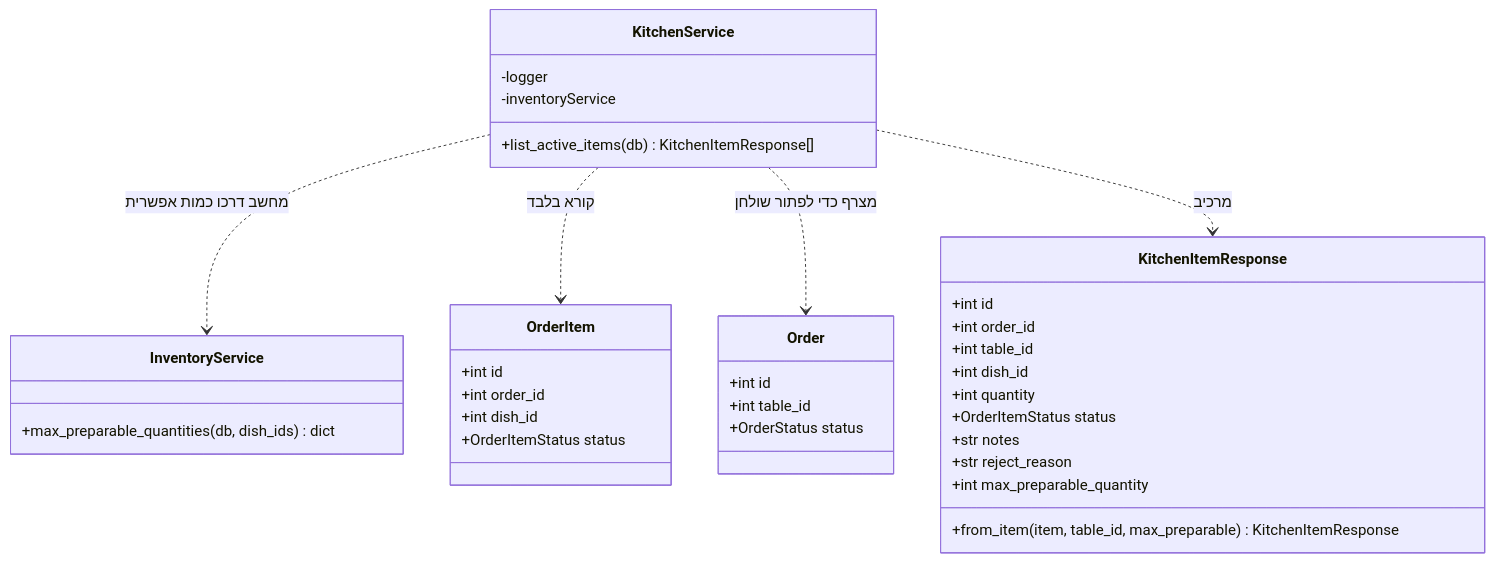
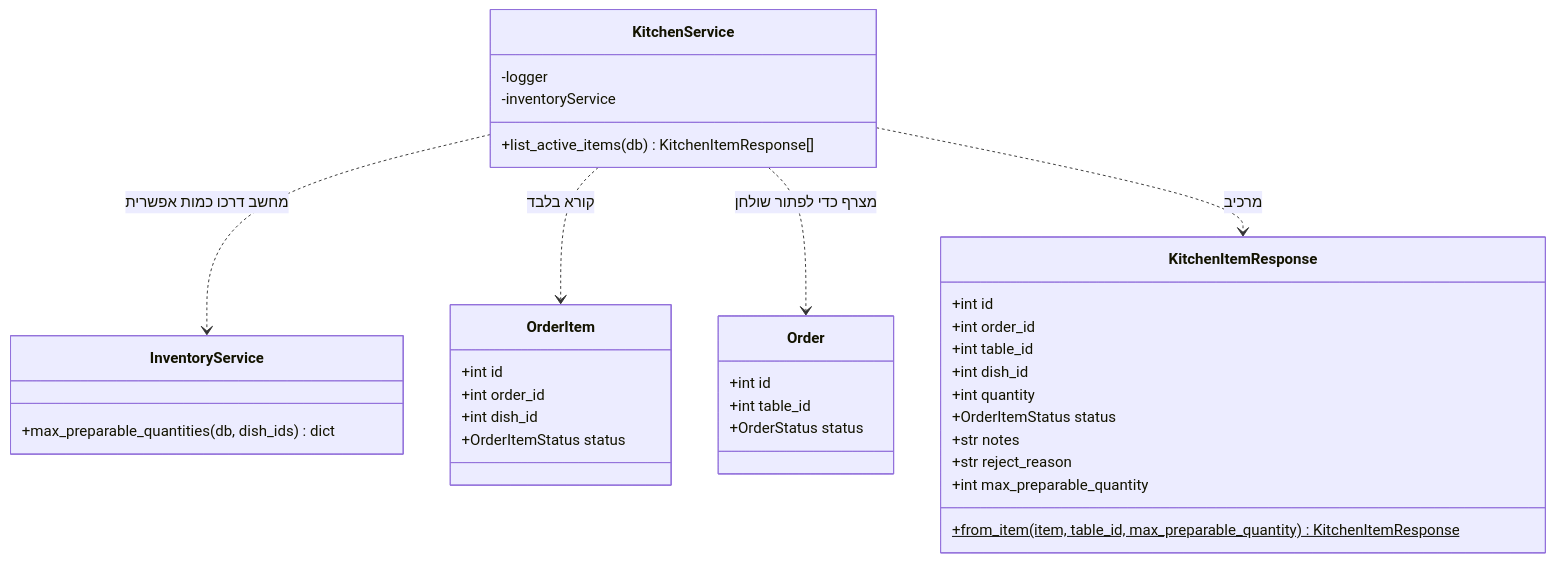
The diagram in מסמכים/הגשה/diagrams/class-kitchen.md (RonZaretsky/Restaurant-Kitchen-Management-System), drawn with Mermaid before and after one commit. The commit also changed 12 other files, not shown here.

````diff
--- a/מסמכים/הגשה/diagrams/class-kitchen.md
+++ b/מסמכים/הגשה/diagrams/class-kitchen.md
@@ -3,45 +3,45 @@
 ```mermaid
 classDiagram
     direction TB
 
     class KitchenService {
         -logger
         -inventoryService
         +list_active_items(db) KitchenItemResponse[]
     }
 
     class InventoryService {
         +max_preparable_quantities(db, dish_ids) dict
     }
 
     class KitchenItemResponse {
         +int id
         +int order_id
         +int table_id
         +int dish_id
         +int quantity
         +OrderItemStatus status
         +str notes
         +str reject_reason
         +int max_preparable_quantity
-        +from_item(item, table_id, max_preparable) KitchenItemResponse
+        +from_item(item, table_id, max_preparable_quantity)$ KitchenItemResponse
     }
 
     class OrderItem {
         +int id
         +int order_id
         +int dish_id
         +OrderItemStatus status
     }
 
     class Order {
         +int id
         +int table_id
         +OrderStatus status
     }
 
     KitchenService ..> InventoryService : מחשב דרכו כמות אפשרית
     KitchenService ..> OrderItem : קורא בלבד
     KitchenService ..> Order : מצרף כדי לפתור שולחן
     KitchenService ..> KitchenItemResponse : מרכיב
 ```
````
